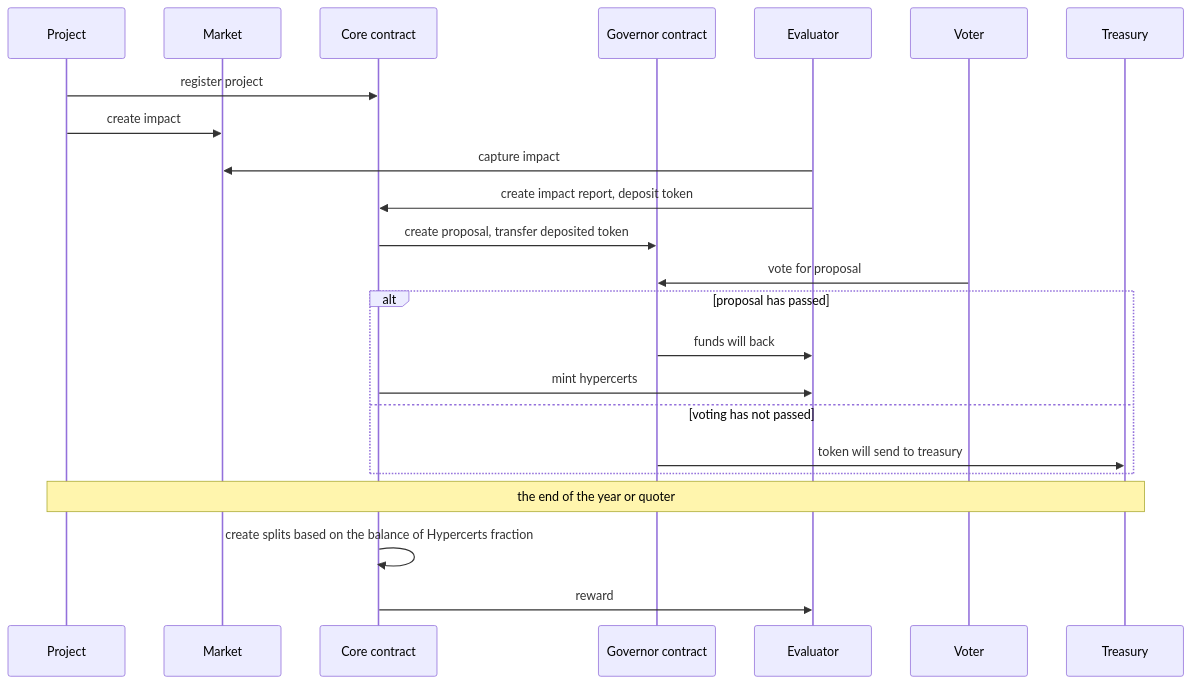
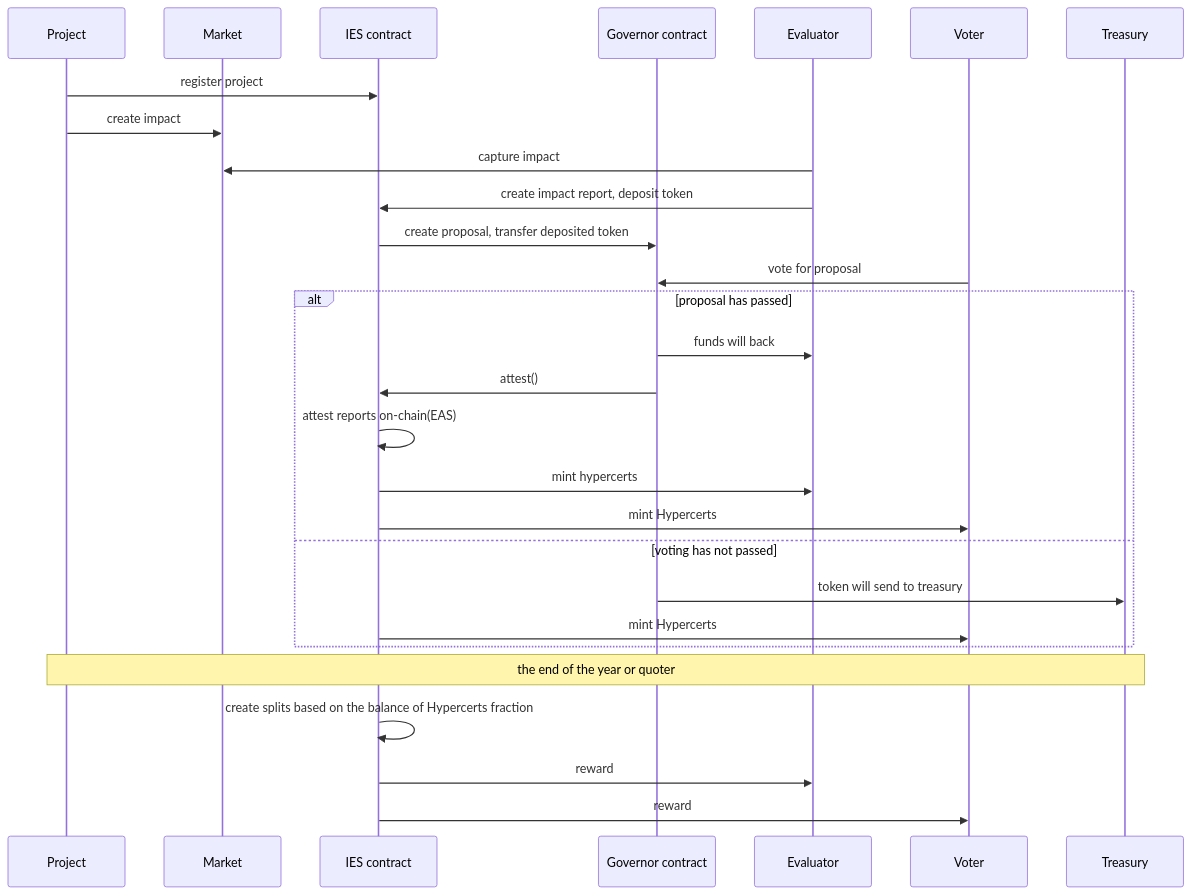
One commit to tnkshuuhei/ies-contracts changed the first of 2 diagrams in README.md. Above: the diagram before and after it, drawn with Mermaid. The commit also changed other lines of this file, not shown here.

````diff
--- a/README.md
+++ b/README.md
@@ -14,26 +69,30 @@
 ```mermaid
 sequenceDiagram
 participant p as Project
 participant m as Market
-participant c as Core contract
+participant c as IES contract
 participant g as Governor contract
 participant e as Evaluator
 participant v as Voter
 participant t as Treasury
-
 p->>c : register project
 p->>m : create impact
 e->>m : capture impact
 e->>c : create impact report, deposit token
 c->>g : create proposal, transfer deposited token
 v->>g : vote for proposal
 alt proposal has passed
 g->>e: funds will back
+g->>c: attest()
+c->>c: attest reports on-chain(EAS)
 c->>e: mint hypercerts
+c->>v: mint Hypercerts
 else voting has not passed
 g->>t: token will send to treasury
+c->>v: mint Hypercerts
 end
 note over p, t: the end of the year or quoter
 c->>c: create splits based on the balance of Hypercerts fraction
 c->>e: reward
+c->>v: reward
 ```
````
